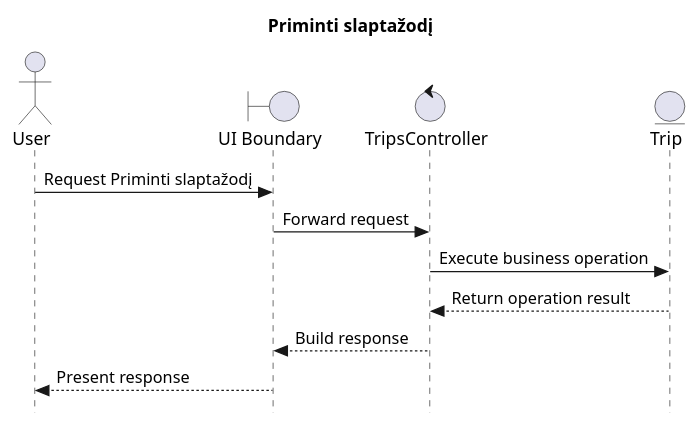
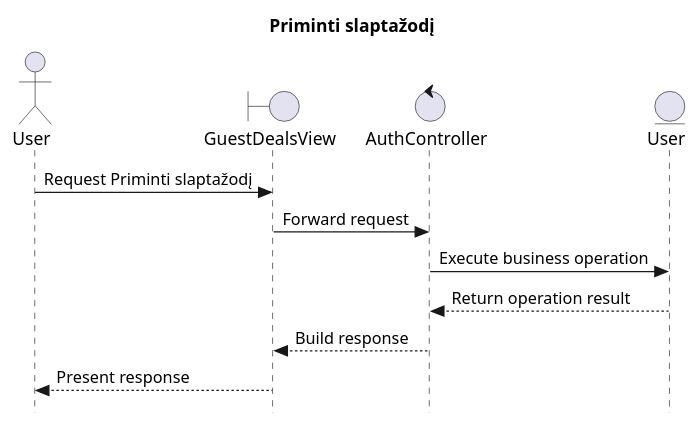
The diagram in _refs/diagrams-new/sequence/Priminti_slaptažodį.puml (SauliusDev/ps-projektas), drawn with PlantUML before and after one commit. The commit also changed 40 other files, not shown here.

Commit message:
fix: align sequence stubs with BCE semantics

```diff
--- a/_refs/diagrams-new/sequence/Priminti_slaptažodį.puml
+++ b/_refs/diagrams-new/sequence/Priminti_slaptažodį.puml
@@ -1,17 +1,17 @@
 @startuml
 skinparam style strictuml
 
 title Priminti slaptažodį
 
 actor "User" as user
-boundary "UI Boundary" as ui
-control "TripsController" as tripsController
-entity "Trip" as trip
+boundary "GuestDealsView" as ui
+control "AuthController" as authController
+entity "User" as authUser
 
 user -> ui: Request Priminti slaptažodį
-ui -> tripsController: Forward request
-tripsController -> trip: Execute business operation
-trip --> tripsController: Return operation result
-tripsController --> ui: Build response
+ui -> authController: Forward request
+authController -> authUser: Execute business operation
+authUser --> authController: Return operation result
+authController --> ui: Build response
 ui --> user: Present response
 @enduml
```
